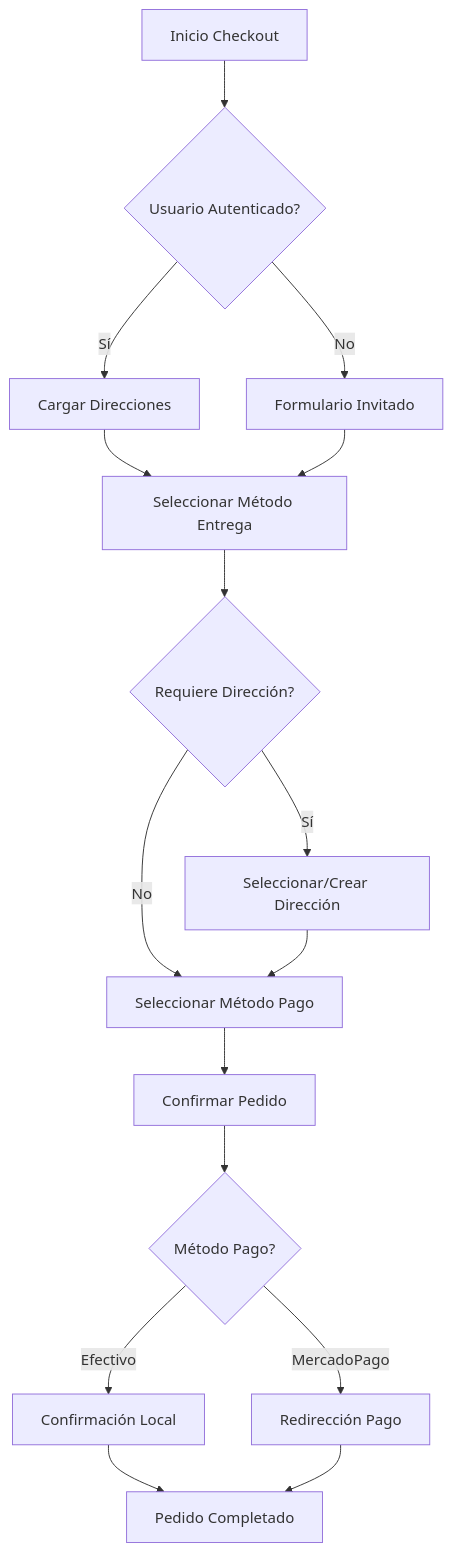
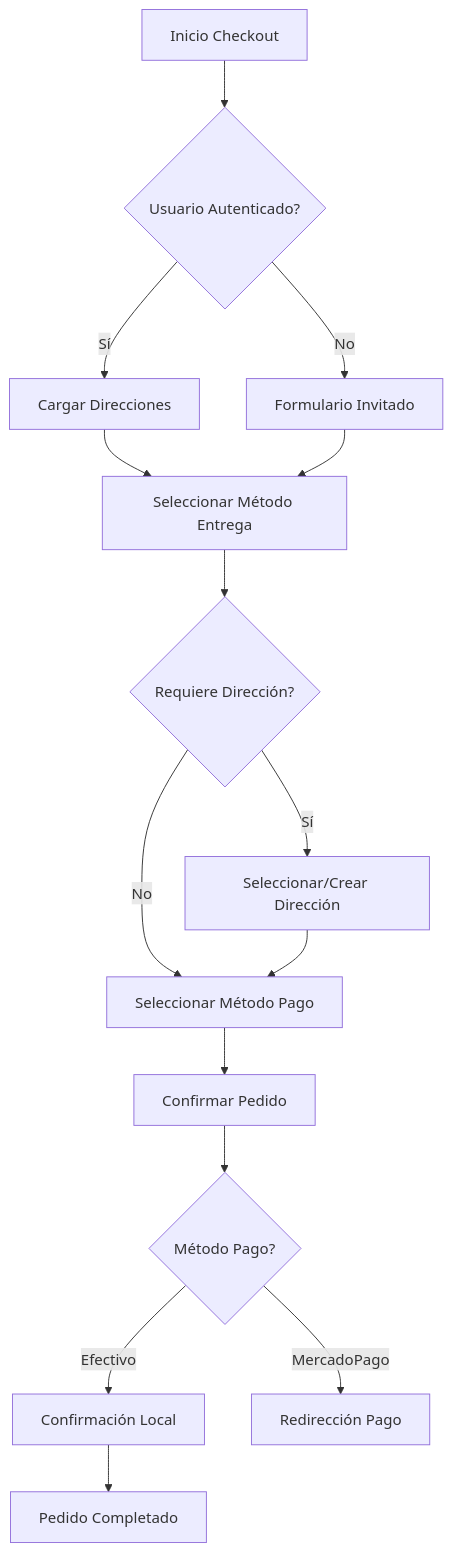
The first of 4 diagrams in docs_frontend/checkout-flujo-compras-robusto.md (Ivetta-Luis-Alberto-114588/front-startup), drawn with Mermaid before and after one commit. The commit also changed other lines of this file and 10 other files, not shown here.

````diff
--- a/docs_frontend/checkout-flujo-compras-robusto.md
+++ b/docs_frontend/checkout-flujo-compras-robusto.md
@@ -48,18 +48,17 @@
 ```mermaid
 graph TD
     A[Inicio Checkout] --> B{Usuario Autenticado?}
     B -->|Sí| C[Cargar Direcciones]
     B -->|No| D[Formulario Invitado]
     C --> E[Seleccionar Método Entrega]
     D --> E
     E --> F{Requiere Dirección?}
     F -->|Sí| G[Seleccionar/Crear Dirección]
     F -->|No| H[Seleccionar Método Pago]
     G --> H
     H --> I[Confirmar Pedido]
     I --> J{Método Pago?}
     J -->|Efectivo| K[Confirmación Local]
     J -->|MercadoPago| L[Redirección Pago]
     K --> M[Pedido Completado]
-    L --> M
 ```
````
